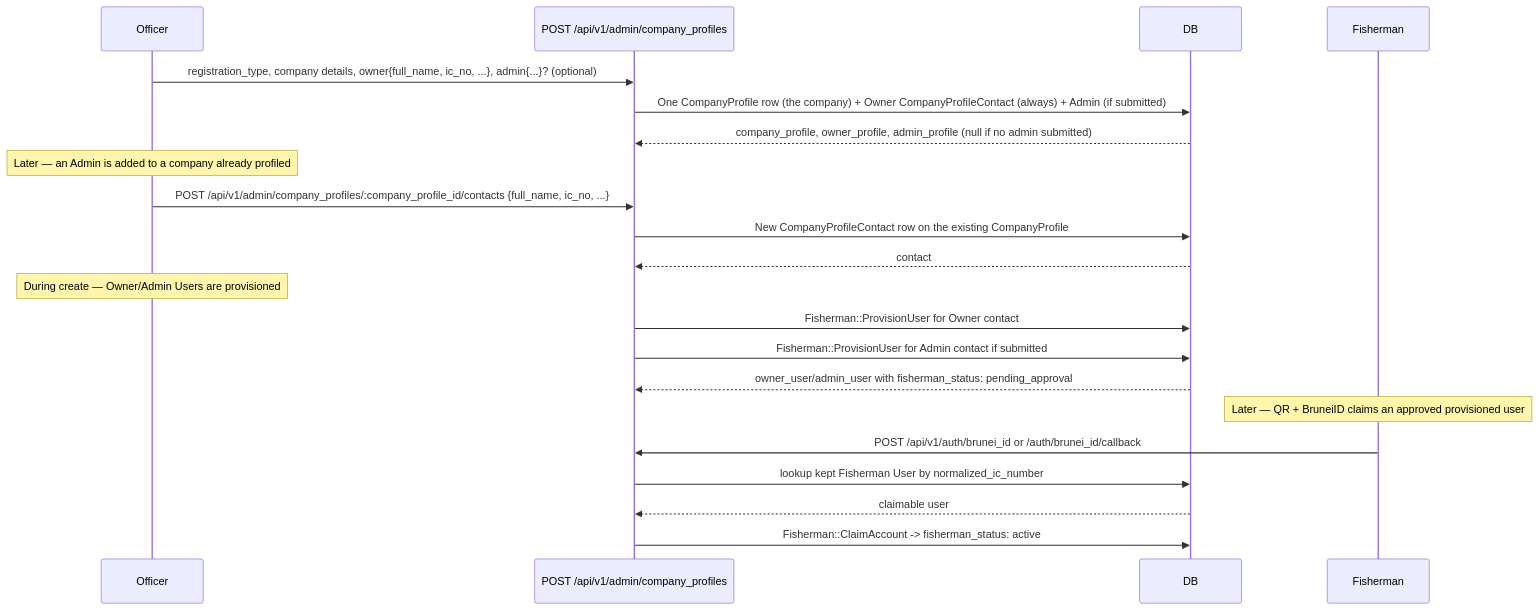
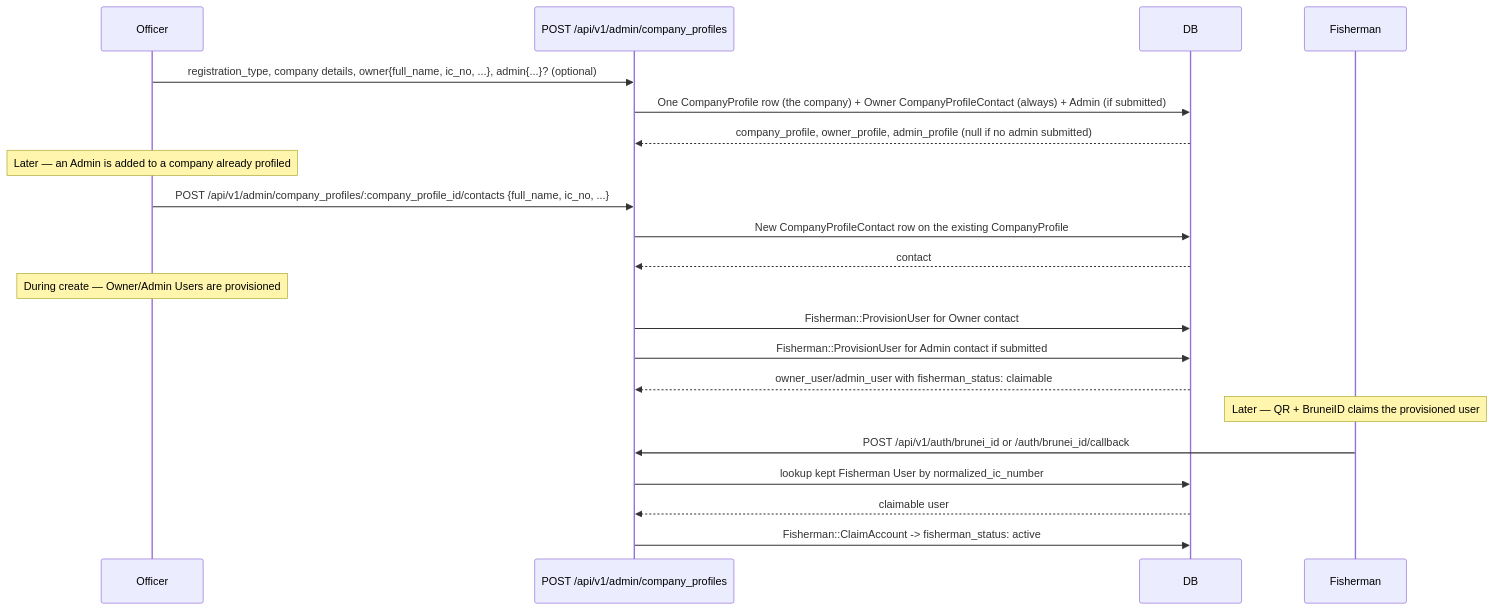
One commit to arya020595/st_dofi_backend changed the fourth of 4 diagrams in docs/registration/business-flow.md. Above: the diagram before and after it, drawn with Mermaid. The commit also changed other lines of this file and 77 other files, not shown here.

First line of the commit message:
refactor: remove FINS Approval and external-user self-registration

````diff
--- a/docs/registration/business-flow.md
+++ b/docs/registration/business-flow.md
@@ -271,27 +260,27 @@
 ```mermaid
 sequenceDiagram
     participant Officer
     participant API as POST /api/v1/admin/company_profiles
     participant DB
 
     Officer->>API: registration_type, company details, owner{full_name, ic_no, ...}, admin{...}? (optional)
     API->>DB: One CompanyProfile row (the company) + Owner CompanyProfileContact (always) + Admin (if submitted)
     DB-->>API: company_profile, owner_profile, admin_profile (null if no admin submitted)
 
     Note over Officer: Later — an Admin is added to a company already profiled
     Officer->>API: POST /api/v1/admin/company_profiles/:company_profile_id/contacts {full_name, ic_no, ...}
     API->>DB: New CompanyProfileContact row on the existing CompanyProfile
     DB-->>API: contact
 
     Note over Officer: During create — Owner/Admin Users are provisioned
     API->>DB: Fisherman::ProvisionUser for Owner contact
     API->>DB: Fisherman::ProvisionUser for Admin contact if submitted
-    DB-->>API: owner_user/admin_user with fisherman_status: pending_approval
+    DB-->>API: owner_user/admin_user with fisherman_status: claimable
 
-    Note over Fisherman: Later — QR + BruneiID claims an approved provisioned user
+    Note over Fisherman: Later — QR + BruneiID claims the provisioned user
     participant Fisherman
     Fisherman->>API: POST /api/v1/auth/brunei_id or /auth/brunei_id/callback
     API->>DB: lookup kept Fisherman User by normalized_ic_number
     DB-->>API: claimable user
     API->>DB: Fisherman::ClaimAccount -> fisherman_status: active
 ```
````
